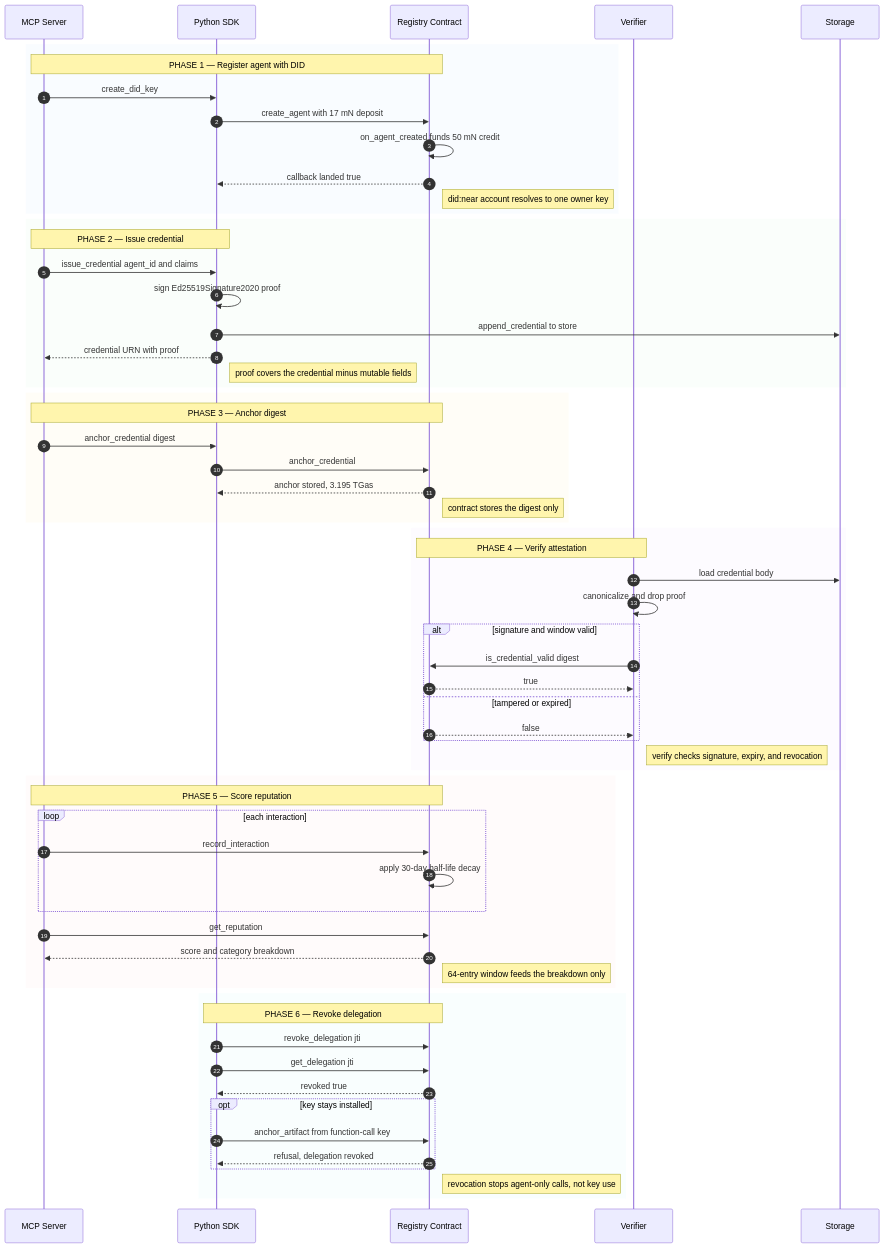
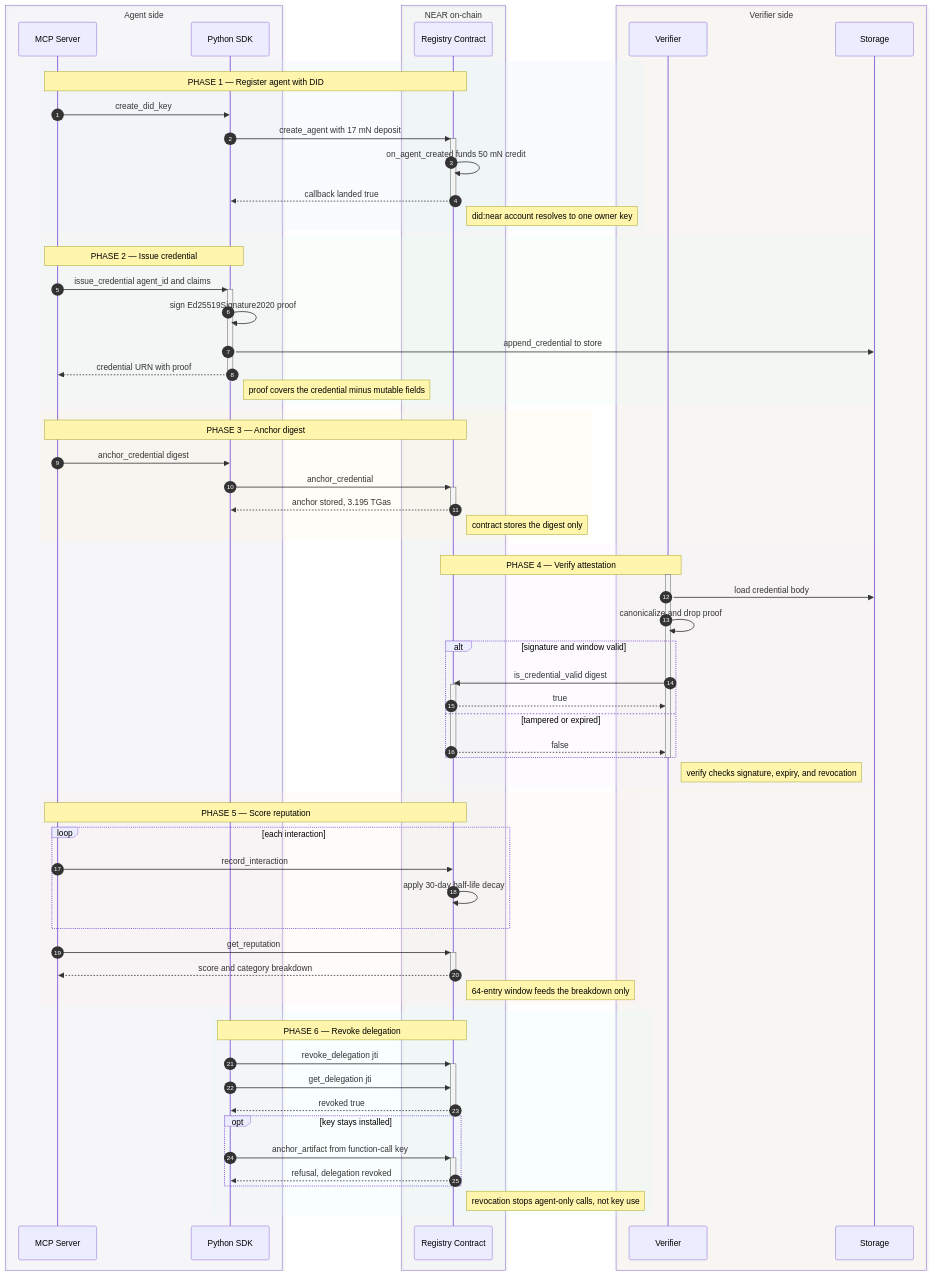
Before and after one commit to patrickfield152-del/agent-identity-registry: the diagram in README.md, drawn with Mermaid.

Commit message:
docs(skjold): add system boundaries and activations to the diagram

````diff
--- a/README.md
+++ b/README.md
@@ -6,67 +6,77 @@
 ```mermaid
 sequenceDiagram
     accTitle: skjold runtime flow
     accDescr: Six phases from agent registration through credential issue, anchor, verification, reputation scoring, and delegation revocation.
     autonumber
+    box rgba(243,232,255,0.12) Agent side
     participant M as MCP Server
     participant S as Python SDK
+    end
+    box rgba(230,247,235,0.12) NEAR on-chain
     participant C as Registry Contract
+    end
+    box rgba(255,244,214,0.12) Verifier side
     participant V as Verifier
     participant T as Storage
+    end
     rect rgba(226,238,255,0.20)
     Note over M,C: PHASE 1 — Register agent with DID
     M->>S: create_did_key
-    S->>C: create_agent with 17 mN deposit
+    S->>+C: create_agent with 17 mN deposit
     C->>C: on_agent_created funds 50 mN credit
-    C-->>S: callback landed true
+    C-->>-S: callback landed true
     Note right of C: did:near account resolves to one owner key
     end
     rect rgba(230,247,235,0.20)
     Note over M,S: PHASE 2 — Issue credential
-    M->>S: issue_credential agent_id and claims
+    M->>+S: issue_credential agent_id and claims
     S->>S: sign Ed25519Signature2020 proof
     S->>T: append_credential to store
-    S-->>M: credential URN with proof
+    S-->>-M: credential URN with proof
     Note right of S: proof covers the credential minus mutable fields
     end
     rect rgba(255,244,214,0.20)
     Note over M,C: PHASE 3 — Anchor digest
     M->>S: anchor_credential digest
-    S->>C: anchor_credential
-    C-->>S: anchor stored, 3.195 TGas
+    S->>+C: anchor_credential
+    C-->>-S: anchor stored, 3.195 TGas
     Note right of C: contract stores the digest only
     end
     rect rgba(243,232,255,0.20)
     Note over V,C: PHASE 4 — Verify attestation
+    activate V
     V->>T: load credential body
     V->>V: canonicalize and drop proof
     alt signature and window valid
         V->>C: is_credential_valid digest
+        activate C
         C-->>V: true
     else tampered or expired
         C-->>V: false
     end
+    deactivate C
+    deactivate V
     Note right of V: verify checks signature, expiry, and revocation
     end
     rect rgba(255,232,232,0.20)
     Note over M,C: PHASE 5 — Score reputation
     loop each interaction
         M->>C: record_interaction
         C->>C: apply 30-day half-life decay
     end
-    M->>C: get_reputation
-    C-->>M: score and category breakdown
+    M->>+C: get_reputation
+    C-->>-M: score and category breakdown
     Note right of C: 64-entry window feeds the breakdown only
     end
     rect rgba(224,247,250,0.20)
     Note over S,C: PHASE 6 — Revoke delegation
-    S->>C: revoke_delegation jti
+    S->>+C: revoke_delegation jti
     S->>C: get_delegation jti
-    C-->>S: revoked true
+    C-->>-S: revoked true
     opt key stays installed
-        S->>C: anchor_artifact from function-call key
-        C-->>S: refusal, delegation revoked
+        S->>+C: anchor_artifact from function-call key
+        C-->>-S: refusal, delegation revoked
     end
     Note right of C: revocation stops agent-only calls, not key use
     end
 ```
````
